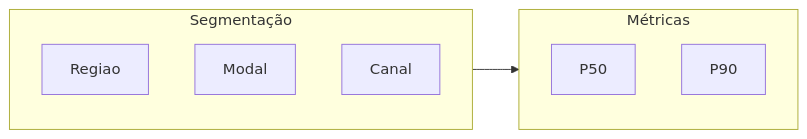
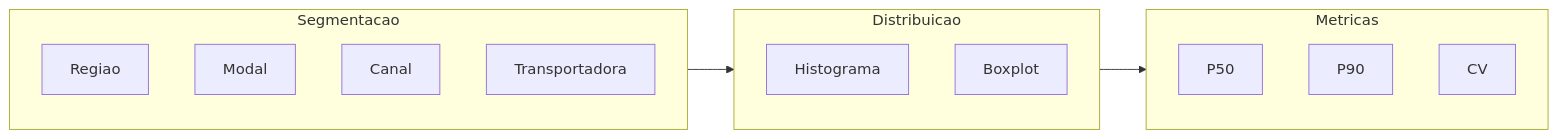
Before and after one commit to cleberhensel/logisticon-academy: the diagram in aulas/trilha-dados-analytics-logistica/modulo-04-indicadores-logisticos-kpis/aula-02-lead-time-variabilidade-logistica.md, drawn with Mermaid. The commit also changed other lines of this file and 122 other files, not shown here.

````diff
--- a/aulas/trilha-dados-analytics-logistica/modulo-04-indicadores-logisticos-kpis/aula-02-lead-time-variabilidade-logistica.md
+++ b/aulas/trilha-dados-analytics-logistica/modulo-04-indicadores-logisticos-kpis/aula-02-lead-time-variabilidade-logistica.md
@@ -31,13 +105,19 @@
 ```mermaid
 flowchart LR
-  subgraph segmentos["Segmentação"]
+  subgraph segm["Segmentacao"]
     R[Regiao]
     M[Modal]
     C[Canal]
+    T[Transportadora]
   end
-  subgraph metricas["Métricas"]
+  subgraph dist["Distribuicao"]
+    H[Histograma]
+    B[Boxplot]
+  end
+  subgraph metr["Metricas"]
     P50[P50]
     P90[P90]
+    CV[CV]
   end
-  segmentos --> metricas
+  segm --> dist --> metr
 ```
````
